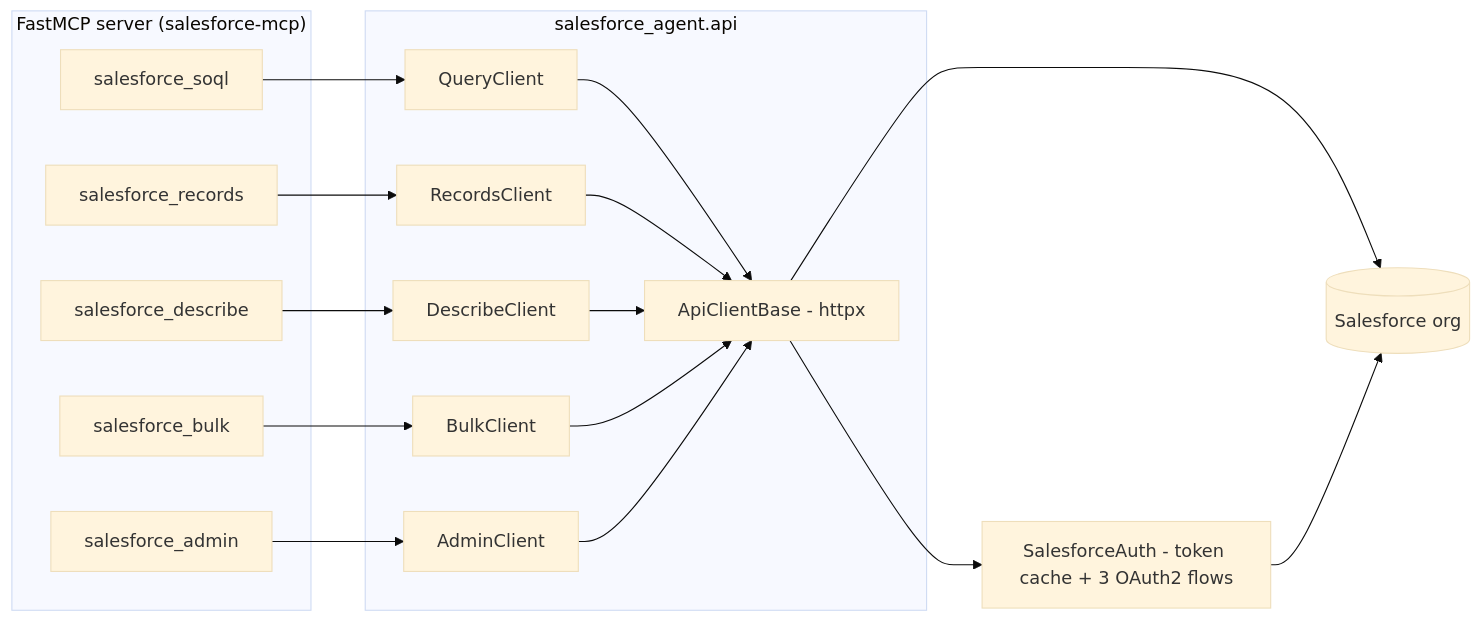
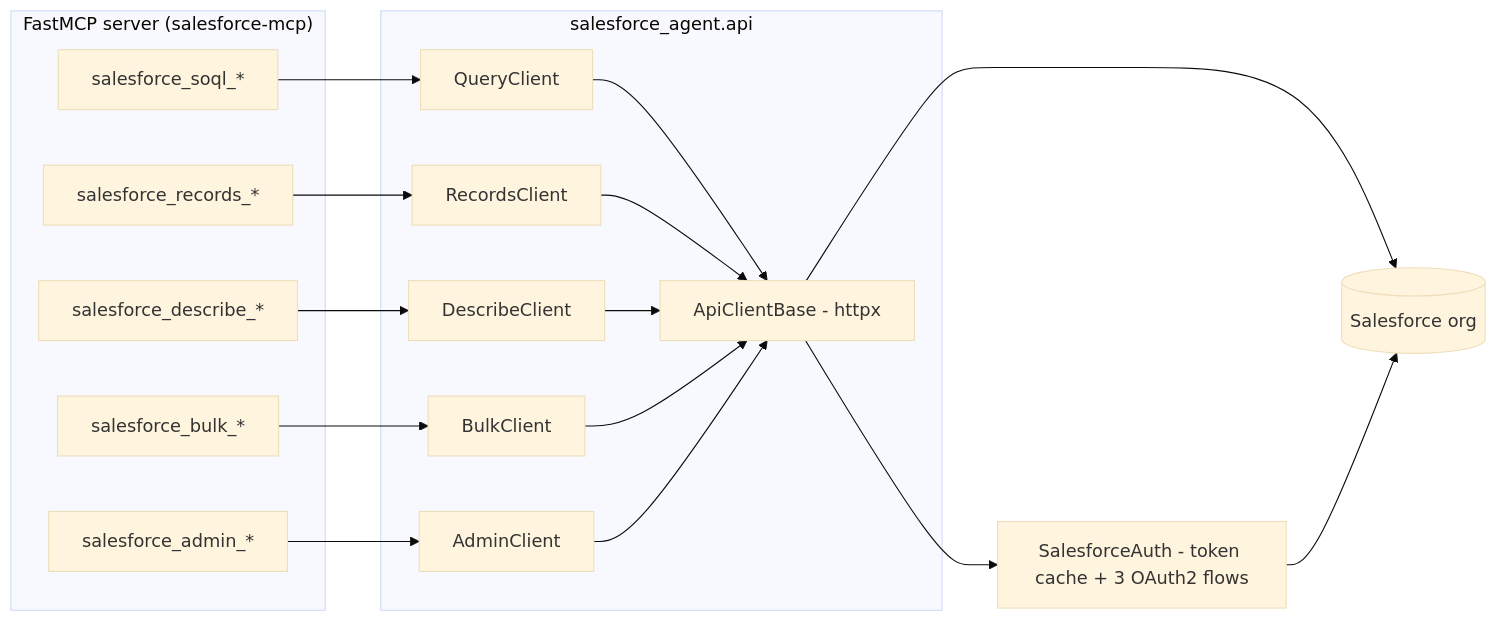
The diagram in docs/overview.md (Knuckles-Team/salesforce-agent), drawn with Mermaid (base theme) before and after one commit. The commit also changed other lines of this file and 29 other files, not shown here.

````diff
--- a/docs/overview.md
+++ b/docs/overview.md
@@ -5,34 +5,34 @@
 ```mermaid
 flowchart LR
     subgraph MCP["FastMCP server (salesforce-mcp)"]
-        T1[salesforce_soql]
-        T2[salesforce_records]
-        T3[salesforce_describe]
-        T4[salesforce_bulk]
-        T5[salesforce_admin]
+        T1[salesforce_soql_*]
+        T2[salesforce_records_*]
+        T3[salesforce_describe_*]
+        T4[salesforce_bulk_*]
+        T5[salesforce_admin_*]
     end
     subgraph API["salesforce_agent.api"]
         Q[QueryClient]
         R[RecordsClient]
         D[DescribeClient]
         B[BulkClient]
         A[AdminClient]
         BASE[ApiClientBase - httpx]
     end
     AUTH[SalesforceAuth - token cache + 3 OAuth2 flows]
     SF[(Salesforce org)]
 
     T1 --> Q
     T2 --> R
     T3 --> D
     T4 --> B
     T5 --> A
     Q --> BASE
     R --> BASE
     D --> BASE
     B --> BASE
     A --> BASE
     BASE --> AUTH
     BASE --> SF
     AUTH --> SF
 ```
````
